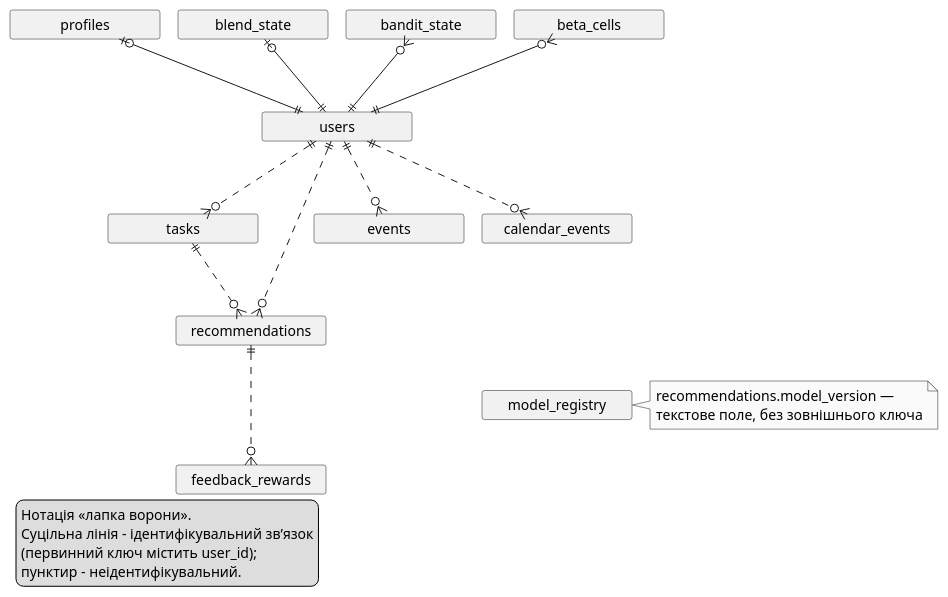
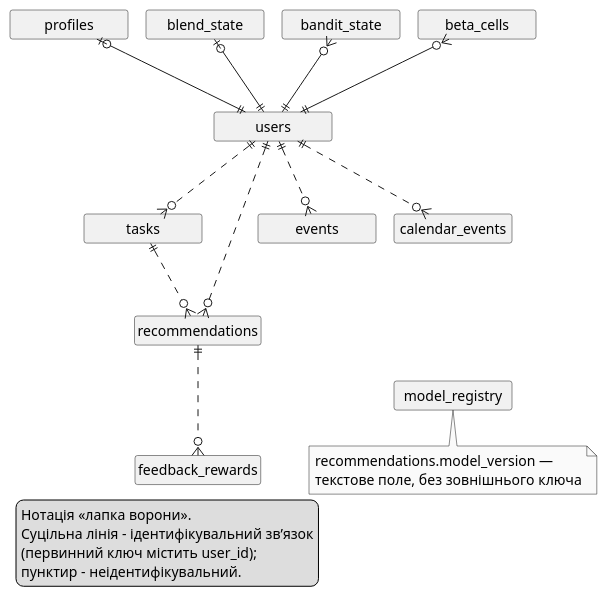
The diagram in docs/thesis/text/diagrams/3-2-er.puml (IKala4I/magister_work), drawn with PlantUML before and after one commit. The commit also changed 4 other files, not shown here.

```diff
--- a/docs/thesis/text/diagrams/3-2-er.puml
+++ b/docs/thesis/text/diagrams/3-2-er.puml
@@ -1,62 +1,62 @@
 @startuml
 ' Рисунок 3.2 — Схема зв'язків основних таблиць бази даних (нотація «лапка ворони»).
 ' Правило власника (2026-09-29): лише сутності й зв'язки, без полів, не більше, ніж описує текст.
 ' Сутності — перелік підрозділу 3.4; зв'язки — дослівно з тексту плейсхолдера рисунка 3.2. Текст
 ' виправлено за схемою бази (власник, 2026-09-29): стан моделей — три таблиці bandit_state,
 ' beta_cells, blend_state; профіль — profiles. Кардинальності звірено з міграціями: profiles і
 ' blend_state мають ключ user_id (1:1), bandit_state — (user_id, category), beta_cells — комірки
 ' (1:N). recommendations.model_version — текстове поле без зовнішнього ключа, тому пунктир.
 ' PlantUML, а не Mermaid: у Mermaid ребро recommendations — feedback_rewards виходило таким
 ' коротким, що знаки кратності на його кінцях накладалися (адверсарний прохід, 2026-09-29);
 ' тут довжину ребра задає кількість рисок.
 ' 2026-11-12 (зовнішня рецензія, звірено з міграціями): profiles і blend_state — 0..1 (рядок
 ' з'являється з першою синхронізацією, не з реєстрацією); суцільна лінія — ідентифікувальний зв'язок
 ' (первинний ключ містить user_id: profiles, blend_state, bandit_state, beta_cells), пунктир —
 ' неідентифікувальний (власний id); model_version — текстове поле без зовнішнього ключа, тому
 ' примітка, а не лінія. Лінії від users — у чотири боки, щоб позначки кратності не зливалися.
 !pragma layout smetana
 skinparam defaultFontSize 14
 skinparam defaultFontName Arial
 skinparam monochrome true
 skinparam shadowing false
-skinparam minClassWidth 150
-skinparam nodesep 26
+skinparam minClassWidth 118
+skinparam nodesep 18
 skinparam ranksep 60
 hide circle
 hide empty members
 top to bottom direction
 
 entity profiles
 entity blend_state
 entity bandit_state
 entity beta_cells
 entity "users" as users
 entity tasks
 entity recommendations
 entity events
 entity calendar_events
 entity feedback_rewards
 entity model_registry
 
 profiles |o---|| users
 blend_state |o---|| users
 bandit_state }o---|| users
 beta_cells }o---|| users
 users ||...o{ tasks
 users ||...o{ recommendations
 users ||...o{ events
 users ||...o{ calendar_events
 tasks ||...o{ recommendations
 recommendations ||...o{ feedback_rewards
 calendar_events -[hidden]--- model_registry
-note right of model_registry
+note bottom of model_registry
   recommendations.model_version —
   текстове поле, без зовнішнього ключа
 end note
 legend bottom left
   Нотація «лапка ворони».
   Суцільна лінія – ідентифікувальний зв’язок
   (первинний ключ містить user_id);
   пунктир – неідентифікувальний.
 endlegend
 @enduml
```
